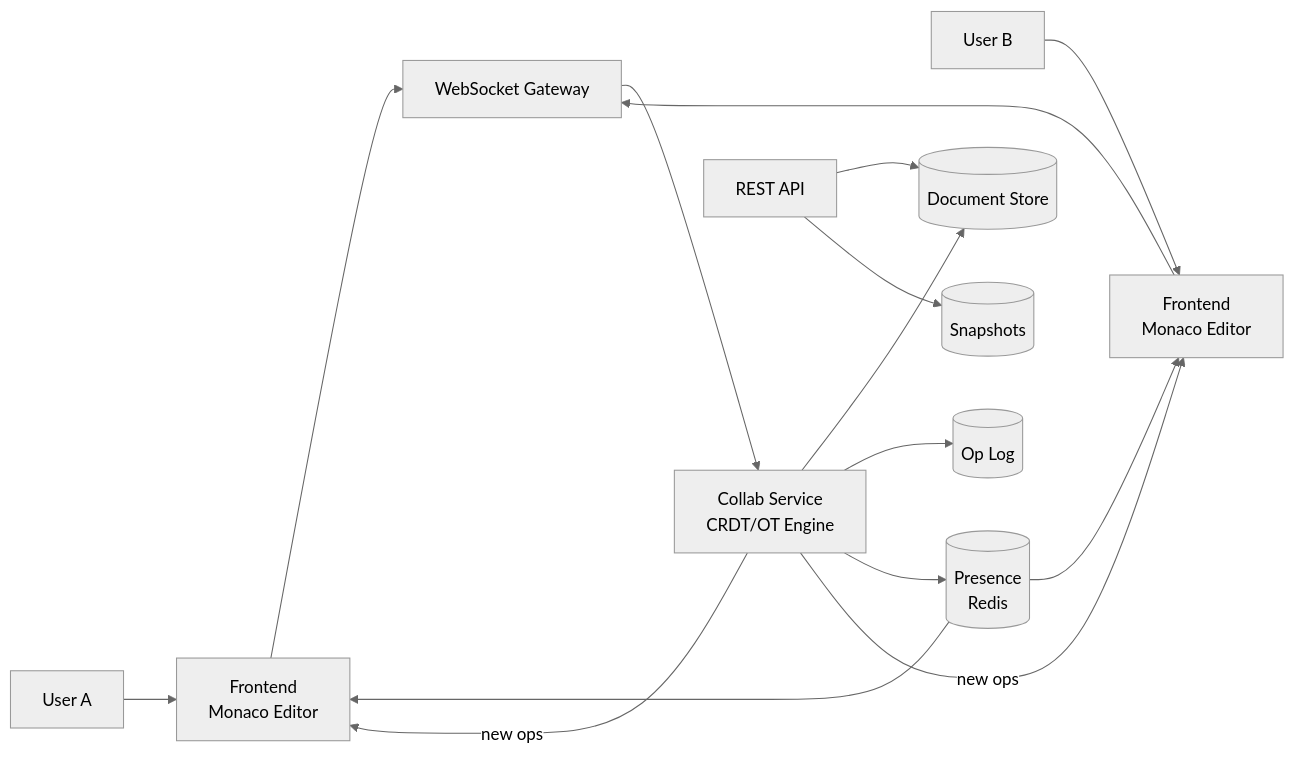
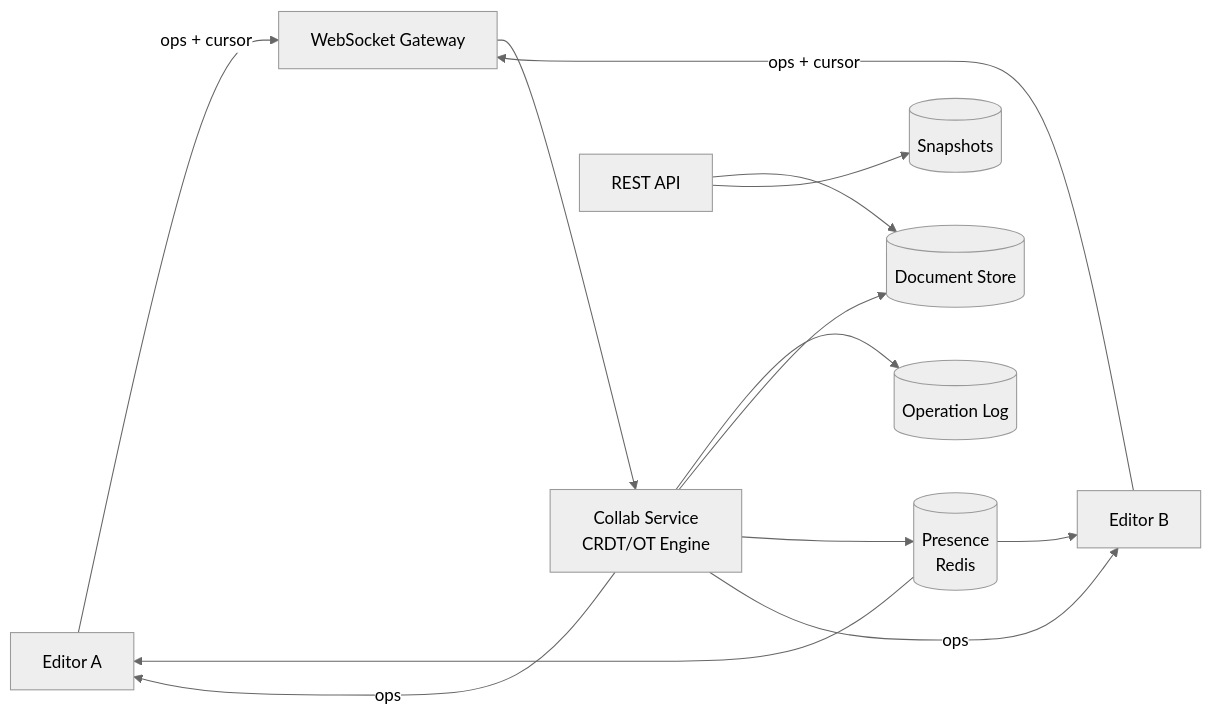
Before and after one commit to abhishekghoshh/system-design-helper: the third of 16 diagrams in docs/system-design/high-level/designing/advanced/google-docs.md, drawn with Mermaid (neutral theme). The commit also changed other lines of this file and 107 other files, not shown here.

````diff
--- a/docs/system-design/high-level/designing/advanced/google-docs.md
+++ b/docs/system-design/high-level/designing/advanced/google-docs.md
@@ -424,17 +160,15 @@
 ```mermaid
-flowchart LR
-  U1[User A] --> FE1[Frontend<br/>Monaco Editor]
-  U2[User B] --> FE2[Frontend<br/>Monaco Editor]
-  FE1 --> GW[WebSocket Gateway]
-  FE2 --> GW
-  GW --> Collab[Collab Service<br/>CRDT/OT Engine]
-  Collab --> DocStore[(Document Store)]
-  Collab --> OpLog[(Op Log)]
-  Collab --> Presence[(Presence<br/>Redis)]
-  Presence --> FE1
-  Presence --> FE2
-  Collab -->|new ops| FE2
-  Collab -->|new ops| FE1
-  APIGW[REST API] --> DocStore
-  APIGW --> SnapStore[(Snapshots)]
+graph LR
+    C1[Editor A] -->|ops + cursor| WS[WebSocket Gateway]
+    C2[Editor B] -->|ops + cursor| WS
+    WS --> CS[Collab Service<br/>CRDT/OT Engine]
+    CS --> OL[(Operation Log)]
+    CS --> DS[(Document Store)]
+    CS --> PS[(Presence<br/>Redis)]
+    PS --> C1
+    PS --> C2
+    CS -->|ops| C1
+    CS -->|ops| C2
+    API[REST API] --> DS
+    API --> SS[(Snapshots)]
 ```
````
